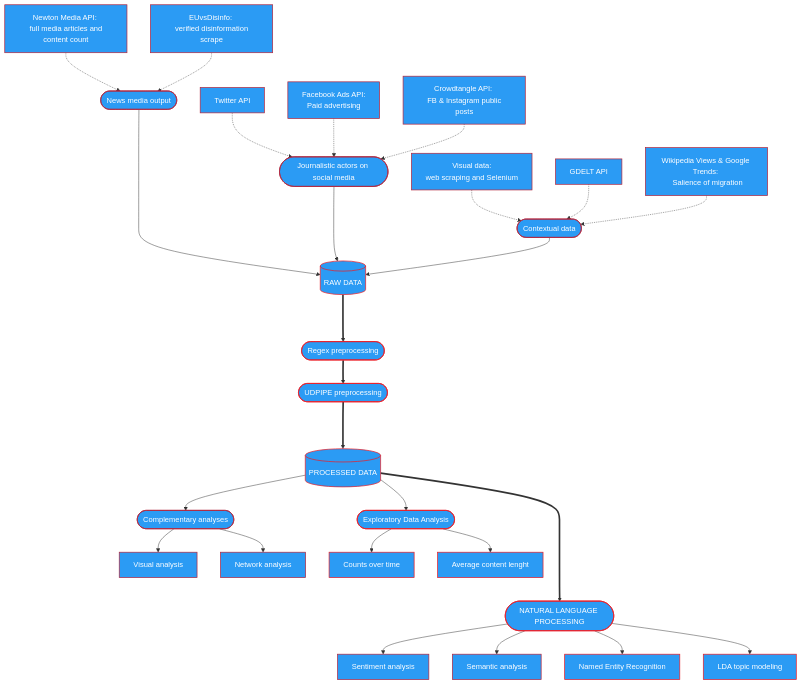
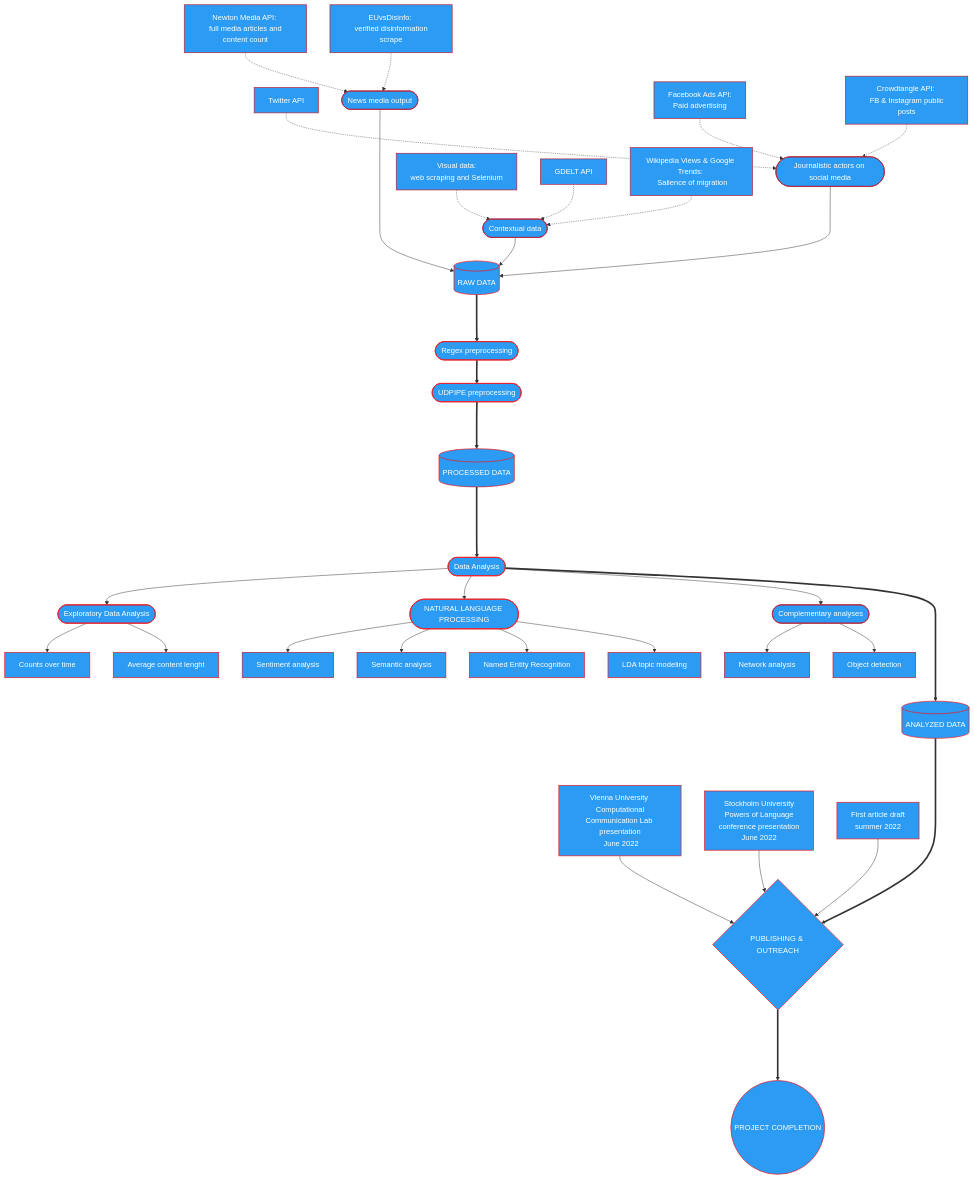
One commit to opop999/media_discourse_research changed the diagram in README.md. Above: the diagram before and after it, drawn with Mermaid.

````diff
--- a/README.md
+++ b/README.md
@@ -102,59 +102,75 @@
 ```mermaid
 graph TD;
 
   style newton fill:#2b9bf4,color:#fff,stroke:#b4263d,stroke-width:1.5px
   style disinfo fill:#2b9bf4,color:#fff,stroke:#b4263d,stroke-width:1.5px
   style twitter fill:#2b9bf4,color:#fff,stroke:#b4263d,stroke-width:1.5px
   style media fill:#2b9bf4,color:#fff,stroke:#b4263d,stroke-width:1.5px
   style fb_ads fill:#2b9bf4,color:#fff,stroke:#b4263d,stroke-width:1.5px
   style crowdtangle fill:#2b9bf4,color:#fff,stroke:#b4263d,stroke-width:1.5px
   style soc_media fill:#2b9bf4,color:#fff,stroke:#b4263d,stroke-width:1.5px
   style visual_data fill:#2b9bf4,color:#fff,stroke:#b4263d,stroke-width:1.5px
   style gdelt fill:#2b9bf4,color:#fff,stroke:#b4263d,stroke-width:1.5px
   style gdelt fill:#2b9bf4,color:#fff,stroke:#b4263d,stroke-width:1.5px
   style complementary fill:#2b9bf4,color:#fff,stroke:#b4263d,stroke-width:1.5px
   style semantic fill:#2b9bf4,color:#fff,stroke:#b4263d,stroke-width:1.5px
   style sentiment fill:#2b9bf4,color:#fff,stroke:#b4263d,stroke-width:1.5px
   style vision fill:#2b9bf4,color:#fff,stroke:#b4263d,stroke-width:1.5px
   style wiki_gtrends fill:#2b9bf4,color:#fff,stroke:#b4263d,stroke-width:1.5px
   style network fill:#2b9bf4,color:#fff,stroke:#b4263d,stroke-width:1.5px
   style complementary_analyses fill:#2b9bf4,color:#fff,stroke:#b4263d,stroke-width:1.5px
   style raw_data fill:#2b9bf4,color:#fff,stroke:#ed1c24,stroke-width:1.5px
   style regex fill:#2b9bf4,color:#fff,stroke:#ed1c24,stroke-width:1.5px
   style udpipe fill:#2b9bf4,color:#fff,stroke:#ed1c24,stroke-width:1.5px
   style clean_data fill:#2b9bf4,color:#fff,stroke:#ed1c24,stroke-width:1.5px
   style eda fill:#2b9bf4,color:#fff,stroke:#ed1c24,stroke-width:1.5px
   style udpipe fill:#2b9bf4,color:#fff,stroke:#ed1c24,stroke-width:1.5px
   style nlp fill:#2b9bf4,color:#fff,stroke:#ed1c24,stroke-width:1.5px
   style counts fill:#2b9bf4,color:#fff,stroke:#ed1c24,stroke-width:1.5px
   style length fill:#2b9bf4,color:#fff,stroke:#ed1c24,stroke-width:1.5px
   style lda fill:#2b9bf4,color:#fff,stroke:#ed1c24,stroke-width:1.5px
   style ner fill:#2b9bf4,color:#fff,stroke:#ed1c24,stroke-width:1.5px
-    
+  style analyzed_data fill:#2b9bf4,color:#fff,stroke:#ed1c24,stroke-width:1.5px
+  style analysis fill:#2b9bf4,color:#fff,stroke:#ed1c24,stroke-width:1.5px
+  style ccl fill:#2b9bf4,color:#fff,stroke:#ed1c24,stroke-width:1.5px
+  style stockholm fill:#2b9bf4,color:#fff,stroke:#ed1c24,stroke-width:1.5px
+  style 1st_article fill:#2b9bf4,color:#fff,stroke:#ed1c24,stroke-width:1.5px
+  style finish fill:#2b9bf4,color:#fff,stroke:#ed1c24,stroke-width:1.5px
+  style communication fill:#2b9bf4,color:#fff,stroke:#ed1c24,stroke-width:1.5px
+
+
   newton[Newton Media API: <br> full media articles and content count] -.-> media([News media output])
   disinfo[EUvsDisinfo: <br> verified disinformation scrape] -.-> media
   twitter[Twitter API] -.-> soc_media([Journalistic actors on social media])
   fb_ads[Facebook Ads API: <br> Paid advertising] -.-> soc_media
   crowdtangle[Crowdtangle API: <br> FB & Instagram public posts] -.-> soc_media
   media ----> raw_data[(RAW DATA)]
   soc_media ---> raw_data
   visual_data[Visual data: <br> web scraping and Selenium] -.-> complementary([Contextual data])
   gdelt[GDELT API] -.-> complementary
   wiki_gtrends[Wikipedia Views & Google Trends: <br> Salience of migration] -.-> complementary
   complementary --> raw_data
   raw_data ===> regex([Regex preprocessing])
   regex ==> udpipe([UDPIPE preprocessing])
   udpipe ===> clean_data[(PROCESSED DATA)]
-  clean_data --> eda([Exploratory Data Analysis])
-  clean_data ====> nlp([NATURAL LANGUAGE PROCESSING])
-  clean_data --> complementary_analyses([Complementary analyses])
+  
+  clean_data ====> analysis([Data Analysis])
+  analysis --> eda([Exploratory Data Analysis])
+  analysis --> nlp([NATURAL LANGUAGE PROCESSING])
+  analysis --> complementary_analyses([Complementary analyses])
   eda --> counts[Counts over time]
   eda --> length[Average content lenght]
   complementary_analyses --> network[Network analysis]
-  complementary_analyses --> vision[Visual analysis]
+  complementary_analyses --> vision[Object detection]
   nlp --> sentiment[Sentiment analysis]
   nlp --> semantic[Semantic analysis]
   nlp --> ner[Named Entity Recognition]
   nlp --> lda[LDA topic modeling]
+  analysis ====> analyzed_data[(ANALYZED DATA)]
+  analyzed_data ====> communication{PUBLISHING & OUTREACH}
+  ccl[Vienna University <br> Computational Communication Lab <br> presentation <br> June 2022] --> communication
+  stockholm[Stockholm University <br> Powers of Language <br> conference presentation <br> June 2022] --> communication
+  1st_article[First article draft <br> summer 2022] --> communication
+  communication ====> finish((PROJECT COMPLETION))
 
 ```
````
